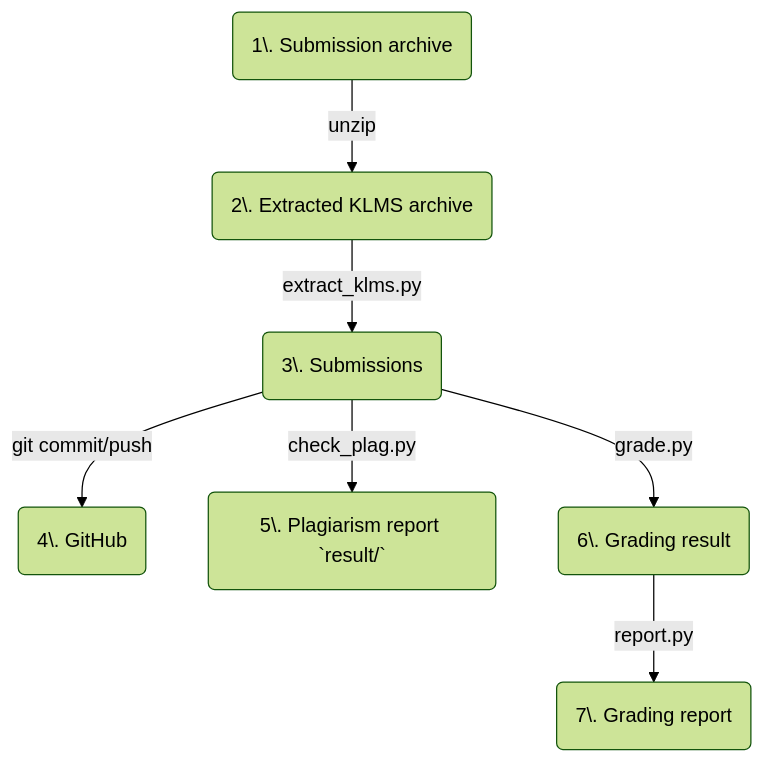
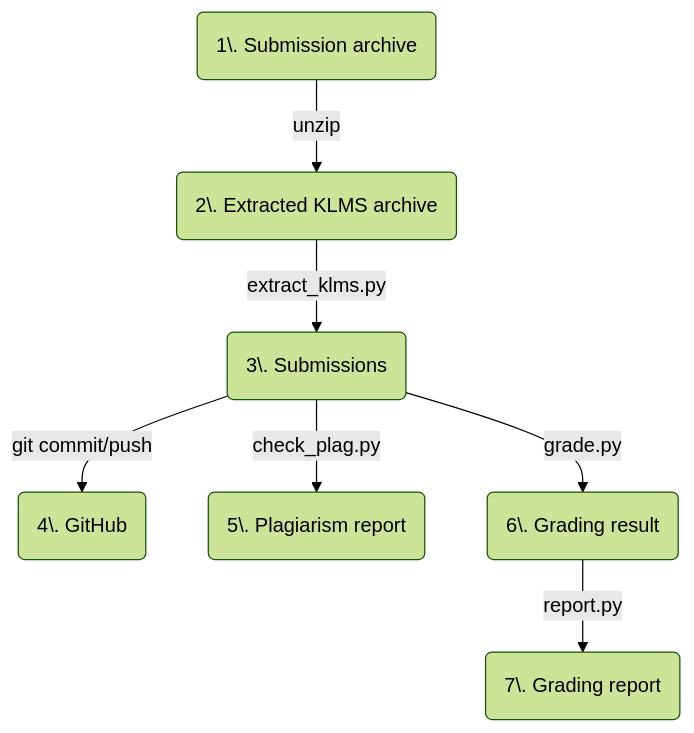
The diagram in content/note/kens-renewal-part3.md (Pusnow/pusnow), drawn with Mermaid (forest theme) before and after one commit.

````diff
--- a/content/note/kens-renewal-part3.md
+++ b/content/note/kens-renewal-part3.md
@@ -43,9 +43,9 @@
 ```mermaid
 flowchart TB
     klms(1\. Submission archive) -- unzip --> klms_extracted
     klms_extracted(2\. Extracted KLMS archive) -- extract_klms.py --> submissions
     submissions(3\. Submissions) -- git commit/push --> github(4\. GitHub)
-    submissions -- check_plag.py --> plagiarism_report(5\. Plagiarism report `result/`)
+    submissions -- check_plag.py --> plagiarism_report(5\. Plagiarism report)
     submissions -- grade.py --> grading_result
     grading_result(6\. Grading result) -- report.py --> report(7\. Grading report)
 ```
````
